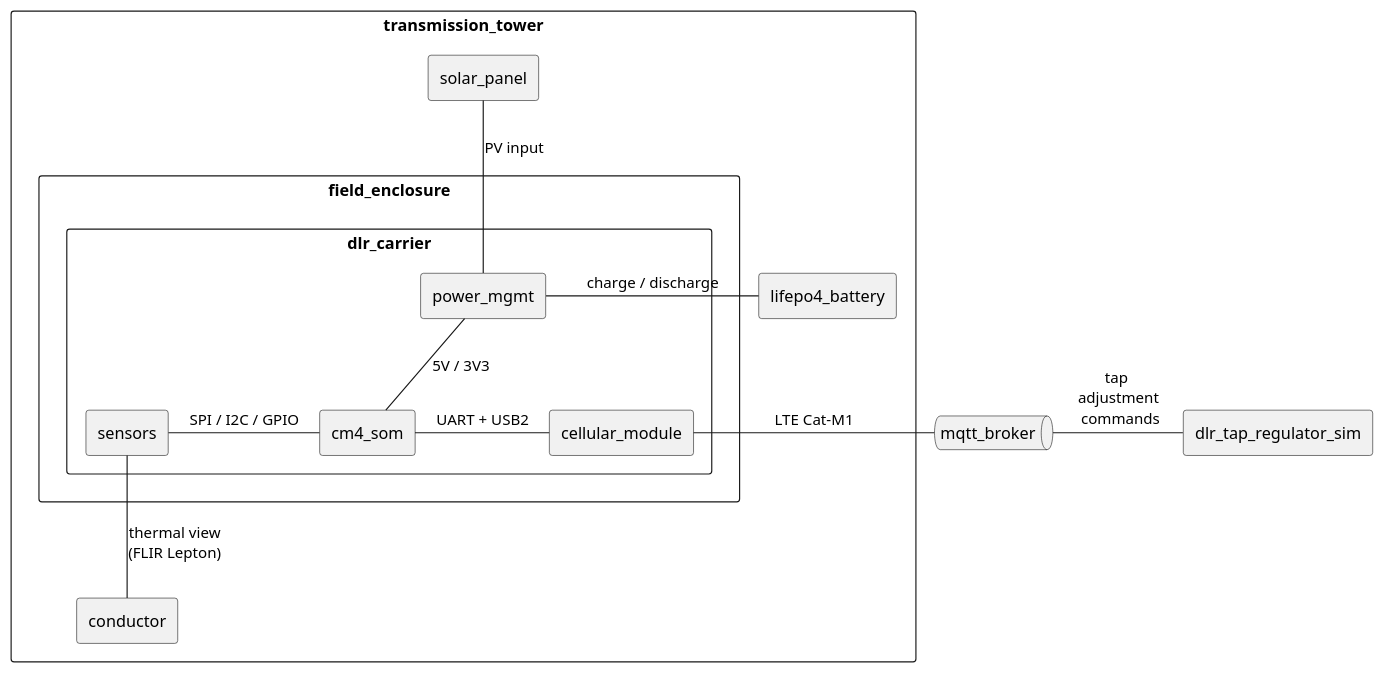
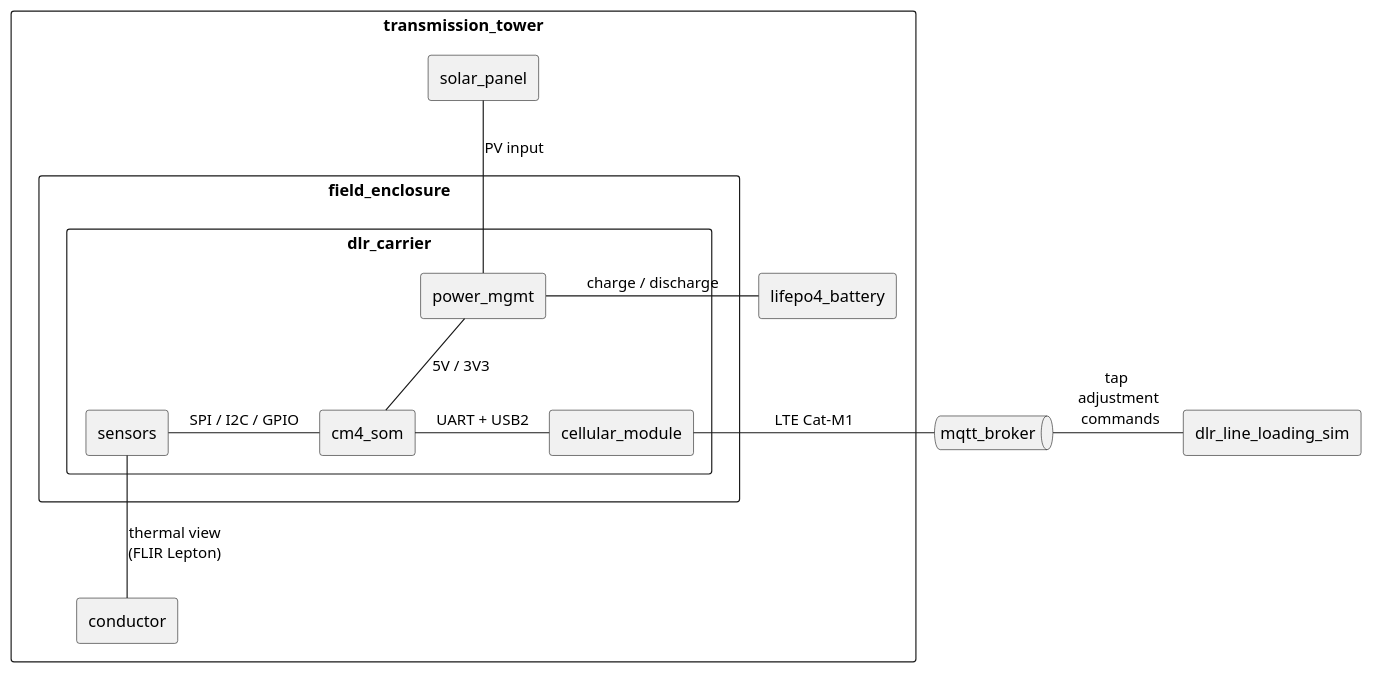
Before and after one commit to arcnode-io/dlr-rtu-pcb: the first of 3 diagrams in readme.md, drawn with PlantUML. The commit also changed 1 other file, not shown here.

Commit message:
📝 docs: dlr-tap-regulator-sim renamed to dlr-line-loading-sim
Name updated only -- the diagram's "tap adjustment commands" edge
still describes the old (now-removed) tap-control behavior, which is
a separate content-accuracy follow-up, not done here.

Claude-Session: https://claude.ai/code/session_01G9oodV6qNjghBfbi7qXfrt

````diff
--- a/readme.md
+++ b/readme.md
@@ -17,27 +17,27 @@
 ```plantuml
 rectangle transmission_tower {
   rectangle field_enclosure {
     rectangle dlr_carrier {
       rectangle cm4_som
       rectangle cellular_module
       rectangle sensors
       rectangle power_mgmt
     }
   }
   rectangle solar_panel
   rectangle lifepo4_battery
   rectangle conductor
 }
 
 queue mqtt_broker
-rectangle dlr_tap_regulator_sim
+rectangle dlr_line_loading_sim
 
 solar_panel -d- power_mgmt: PV input
 power_mgmt -l- lifepo4_battery: charge / discharge
 power_mgmt -d- cm4_som: 5V / 3V3
 conductor -u- sensors: thermal view\n(FLIR Lepton)
 sensors -r- cm4_som: SPI / I2C / GPIO
 cm4_som -r- cellular_module: UART + USB2
 cellular_module -r- mqtt_broker: LTE Cat-M1
-mqtt_broker -r- dlr_tap_regulator_sim: tap \n adjustment \n commands
+mqtt_broker -r- dlr_line_loading_sim: tap \n adjustment \n commands
 ```
````
